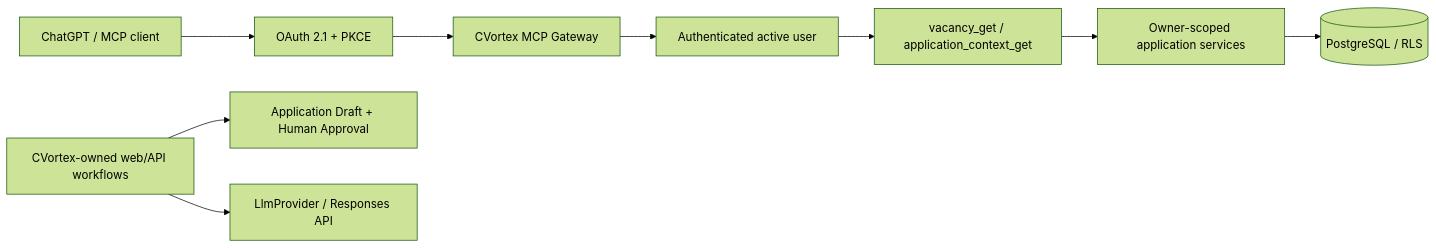
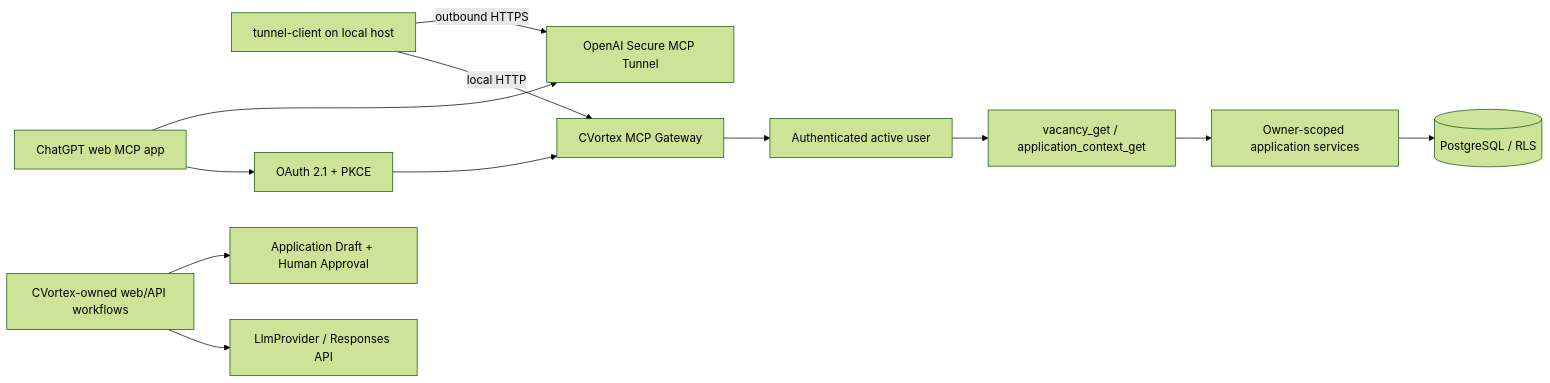
One commit to filatelist-hitech/CVortex changed the diagram in docs/02-Architecture/MCP-Gateway.md. Above: the diagram before and after it, drawn with Mermaid (forest theme). The commit also changed other lines of this file and 16 other files, not shown here.

Commit message:
feat(chatgpt): add local read-only CVortex integration

````diff
--- a/docs/02-Architecture/MCP-Gateway.md
+++ b/docs/02-Architecture/MCP-Gateway.md
@@ -22,11 +22,14 @@
 ```mermaid
 flowchart LR
-    Client[ChatGPT / MCP client] --> OAuth[OAuth 2.1 + PKCE]
-    OAuth --> Gateway[CVortex MCP Gateway]
+    Client[ChatGPT web MCP app] --> Tunnel[OpenAI Secure MCP Tunnel]
+    TunnelClient[tunnel-client on local host] -->|outbound HTTPS| Tunnel
+    TunnelClient -->|local HTTP| Gateway[CVortex MCP Gateway]
+    Client --> OAuth[OAuth 2.1 + PKCE]
+    OAuth --> Gateway
     Gateway --> Auth[Authenticated active user]
     Auth --> Tools[vacancy_get / application_context_get]
     Tools --> Adapter[Owner-scoped application services]
     Adapter --> RLS[(PostgreSQL / RLS)]
     CV[CVortex-owned web/API workflows] --> Draft[Application Draft + Human Approval]
     CV --> LLM[LlmProvider / Responses API]
 ```
````
